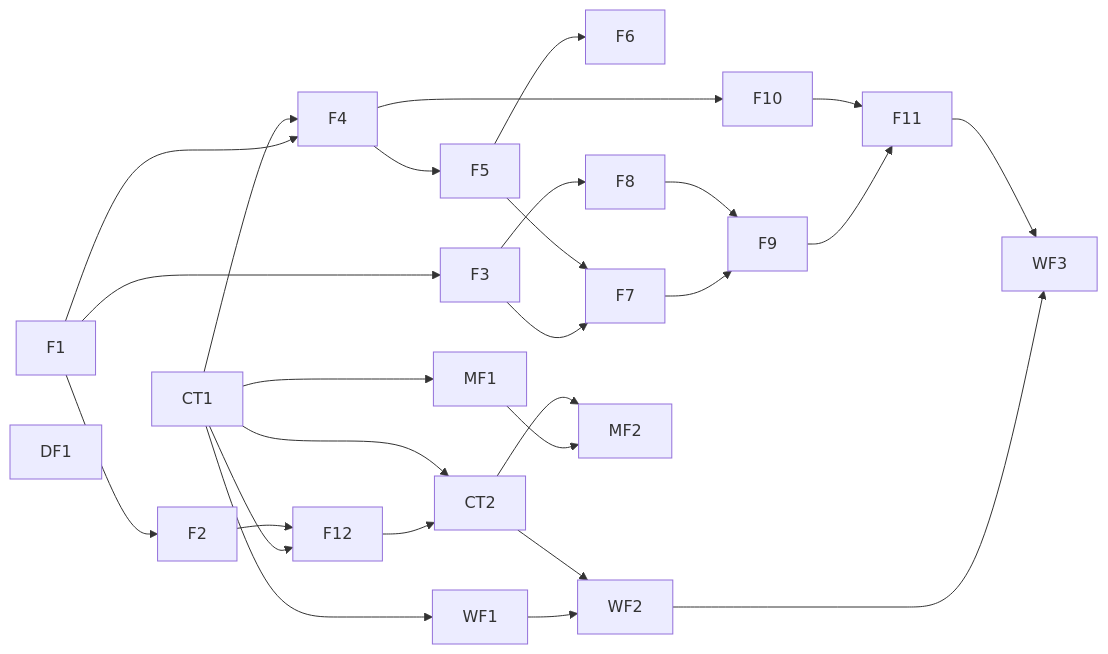
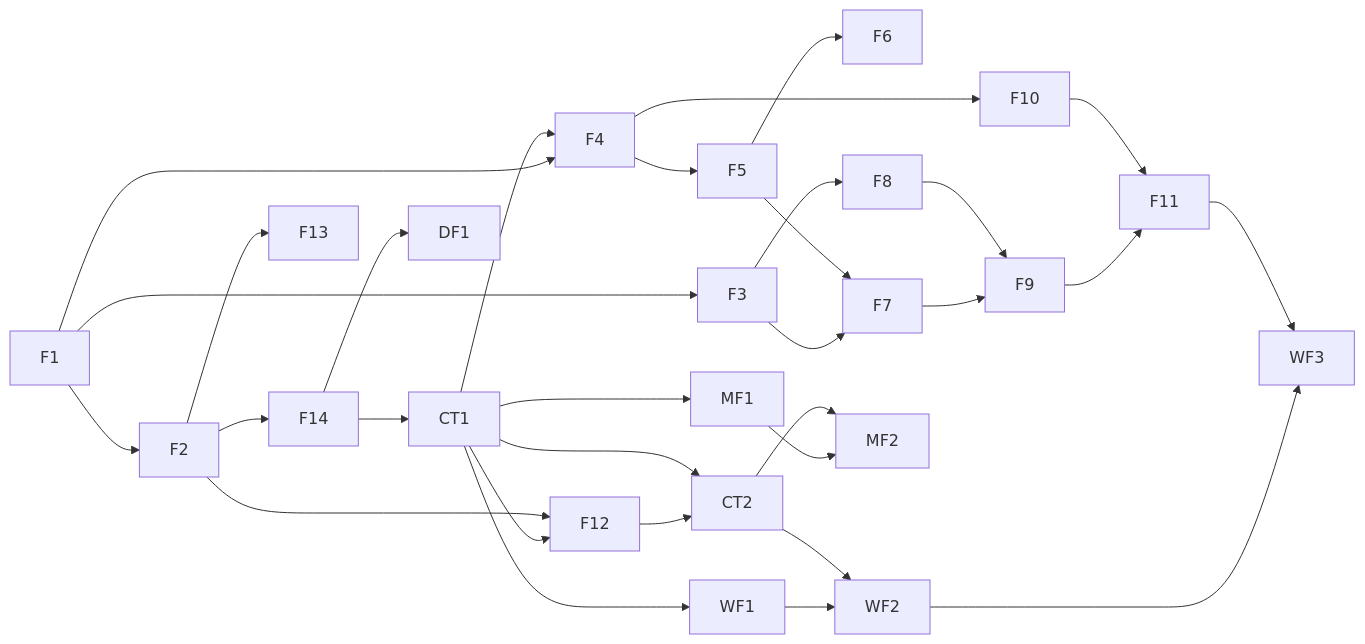
Before and after one commit to huynguyennang-agilityio/tripmate-docs: the third of 3 diagrams in docs/specs/epic-11/spec.md, drawn with Mermaid. The commit also changed other lines of this file and 5 other files, not shown here.

First line of the commit message:
Development flow v1.5: test-first agents, risk levels, product owner reviews High cards only

````diff
--- a/docs/specs/epic-11/spec.md
+++ b/docs/specs/epic-11/spec.md
@@ -346,25 +390,27 @@
 ```mermaid
 flowchart LR
-    F1 --> F2
+    F1 --> F2 --> F14
+    F2 --> F13
+    F14 --> CT1
+    F14 --> DF1
     F1 --> F3
     F1 --> F4 --> F5 --> F6
     F3 --> F7
     F5 --> F7
     F3 --> F8
     F7 --> F9
     F8 --> F9
     F4 --> F10
     F9 --> F11
     F10 --> F11
     CT1 --> F4
     CT1 --> F12
     F2 --> F12 --> CT2
     CT1 --> CT2
     CT1 --> WF1 --> WF2
     CT2 --> WF2
     WF2 --> WF3
     F11 --> WF3
     CT1 --> MF1 --> MF2
     CT2 --> MF2
-    DF1
 ```
````
